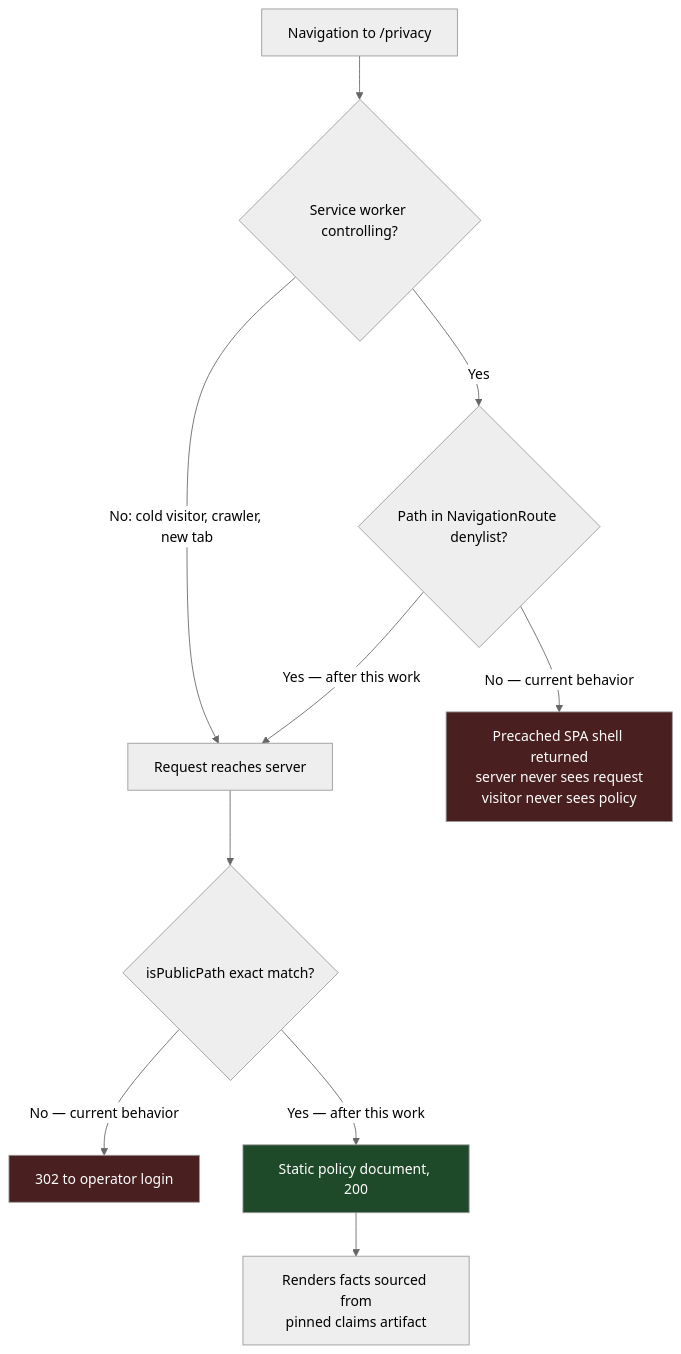
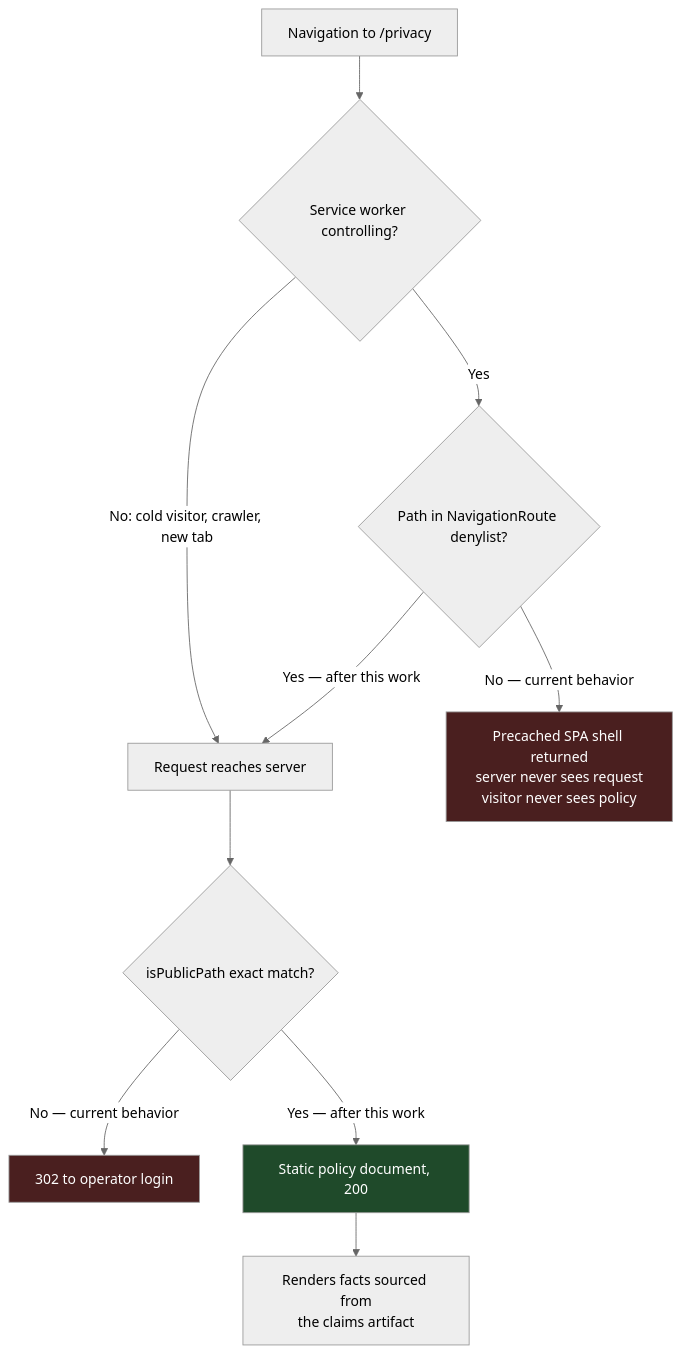
Before and after one commit to fro-bot/dashboard: the diagram in docs/plans/2026-09-19-001-feat-operator-push-privacy-policy-plan.md, drawn with Mermaid (neutral theme). The commit also changed other lines of this file, not shown here.

````diff
--- a/docs/plans/2026-09-19-001-feat-operator-push-privacy-policy-plan.md
+++ b/docs/plans/2026-09-19-001-feat-operator-push-privacy-policy-plan.md
@@ -163,16 +161,16 @@
 ```mermaid
 flowchart TD
     A[Navigation to /privacy] --> B{Service worker controlling?}
     B -->|No: cold visitor, crawler, new tab| D
     B -->|Yes| C{Path in NavigationRoute denylist?}
     C -->|No — current behavior| X[Precached SPA shell returned<br/>server never sees request<br/>visitor never sees policy]
     C -->|Yes — after this work| D[Request reaches server]
     D --> E{isPublicPath exact match?}
     E -->|No — current behavior| Y[302 to operator login]
     E -->|Yes — after this work| F[Static policy document, 200]
-    F --> G[Renders facts sourced from<br/>pinned claims artifact]
+    F --> G[Renders facts sourced from<br/>the claims artifact]
 
     style X fill:#4a1f1f,color:#fff
     style Y fill:#4a1f1f,color:#fff
     style F fill:#1f4a2a,color:#fff
 ```
````
